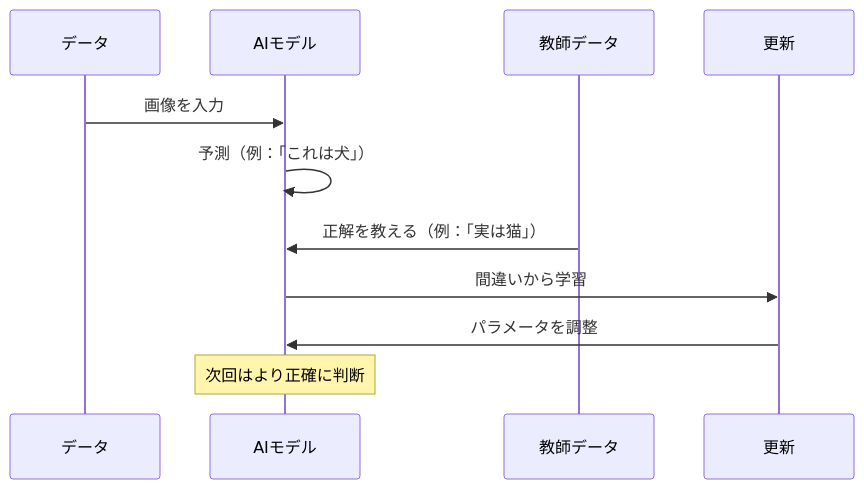
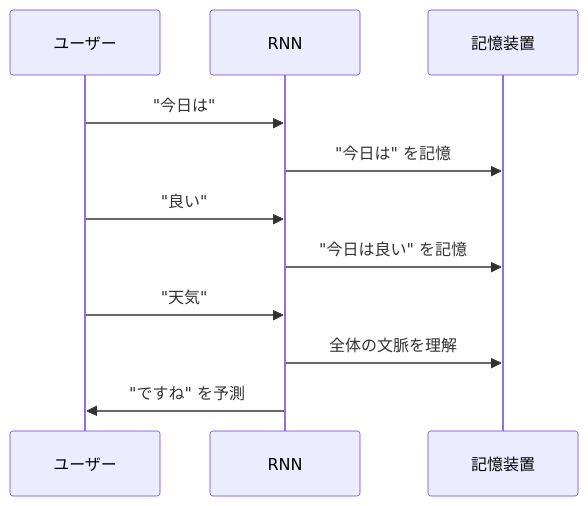
Before and after one commit to SparklingDetergent/doc_genai_mental_model: the sixth of 28 diagrams in AI/DeepLearning/README.MD, drawn with Mermaid. The commit also changed other lines of this file, not shown here.

````diff
--- a/AI/DeepLearning/README.MD
+++ b/AI/DeepLearning/README.MD
@@ -114,14 +199,14 @@
 ```mermaid
 sequenceDiagram
-    participant D as データ
-    participant AI as AIモデル
-    participant T as 教師データ
-    participant U as 更新
+    participant User as ユーザー
+    participant RNN as RNN
+    participant Memory as 記憶装置
     
-    D->>AI: 画像を入力
-    AI->>AI: 予測（例：「これは犬」）
-    T->>AI: 正解を教える（例：「実は猫」）
-    AI->>U: 間違いから学習
-    U->>AI: パラメータを調整
-    Note over AI: 次回はより正確に判断
+    User->>RNN: "今日は"
+    RNN->>Memory: "今日は" を記憶
+    User->>RNN: "良い"  
+    RNN->>Memory: "今日は良い" を記憶
+    User->>RNN: "天気"
+    RNN->>Memory: 全体の文脈を理解
+    RNN->>User: "ですね" を予測
 ```
````
